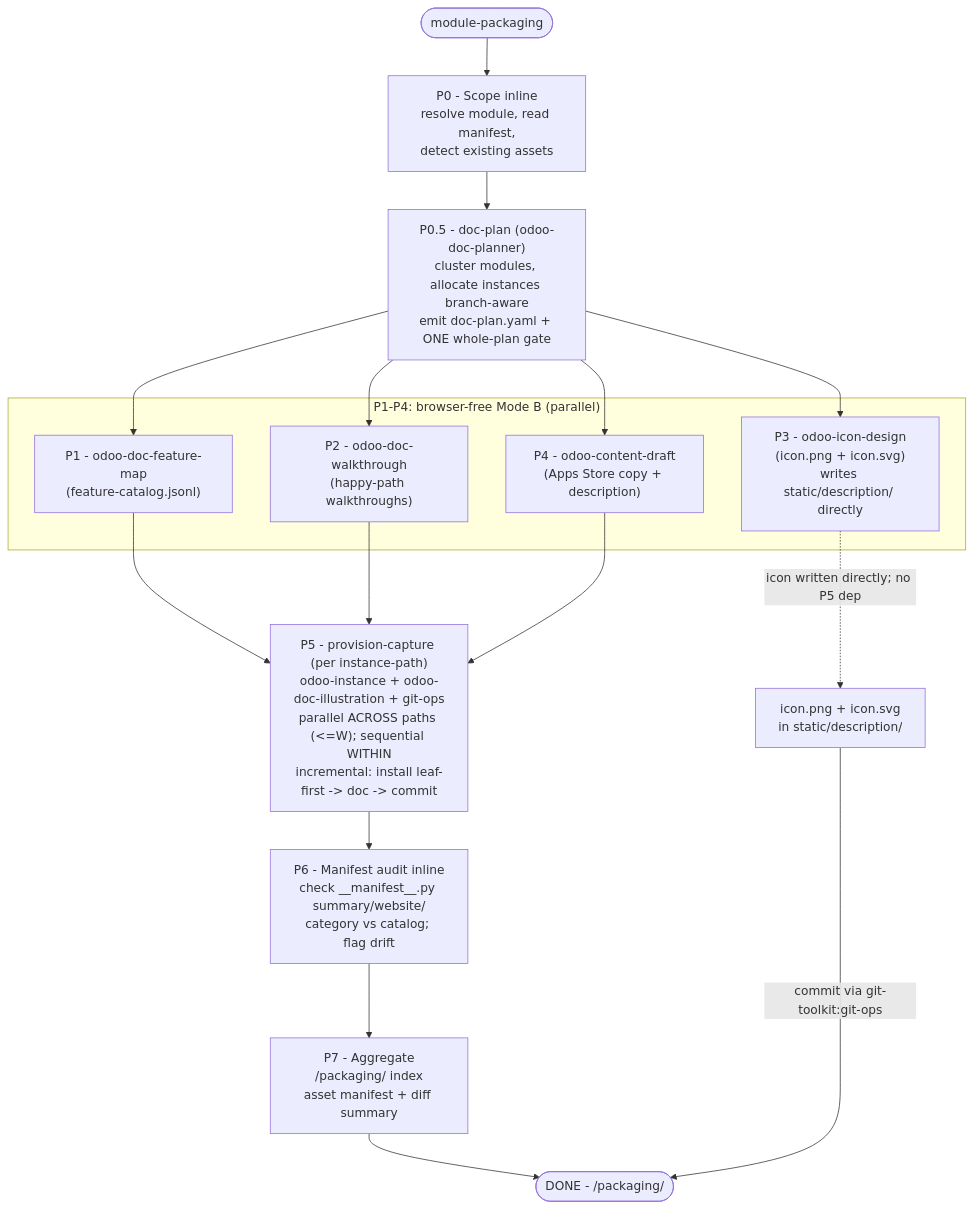
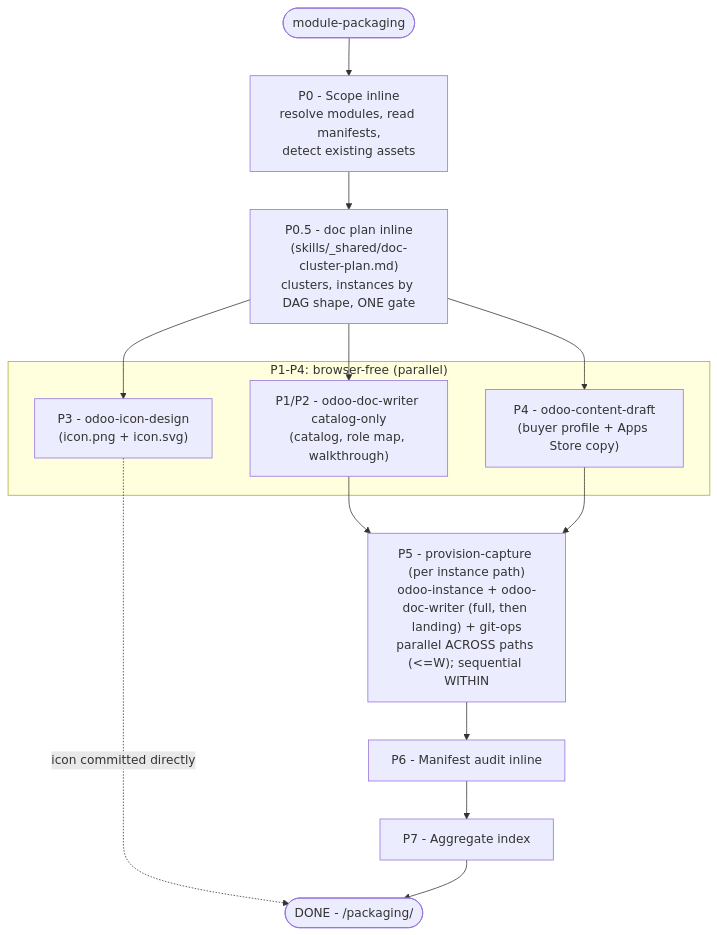
One commit to Viindoo/odoo-mcp-client changed the eighth of 9 diagrams in plugins/odoo-ai-agents/README.md. Above: the diagram before and after it, drawn with Mermaid. The commit also changed other lines of this file and 23 other files, not shown here.

First line of the commit message:
docs(odoo-ai-agents): counts, generated map and acceptance scenarios

````diff
--- a/plugins/odoo-ai-agents/README.md
+++ b/plugins/odoo-ai-agents/README.md
@@ -621,31 +598,23 @@
 ```mermaid
 flowchart TD
     PKG_START(["module-packaging"])
-    PKG_START --> PKG_P0["P0 - Scope inline<br/>resolve module, read manifest,<br/>detect existing assets"]
+    PKG_START --> PKG_P0["P0 - Scope inline<br/>resolve modules, read manifests,<br/>detect existing assets"]
+    PKG_P0 --> PKG_P05["P0.5 - doc plan inline<br/>(skills/_shared/doc-cluster-plan.md)<br/>clusters, instances by DAG shape, ONE gate"]
 
-    PKG_P0 --> PKG_P05["P0.5 - doc-plan (odoo-doc-planner)<br/>cluster modules, allocate instances branch-aware<br/>emit doc-plan.yaml + ONE whole-plan gate"]
-
-    subgraph PKG_FANOUT["P1-P4: browser-free Mode B (parallel)"]
-        PKG_P1["P1 - odoo-doc-feature-map<br/>(feature-catalog.jsonl)"]
-        PKG_P2["P2 - odoo-doc-walkthrough<br/>(happy-path walkthroughs)"]
-        PKG_P3["P3 - odoo-icon-design<br/>(icon.png + icon.svg)<br/>writes static/description/ directly"]
-        PKG_P4["P4 - odoo-content-draft<br/>(Apps Store copy + description)"]
+    subgraph PKG_FANOUT["P1-P4: browser-free (parallel)"]
+        PKG_P1["P1/P2 - odoo-doc-writer catalog-only<br/>(catalog, role map, walkthrough)"]
+        PKG_P3["P3 - odoo-icon-design<br/>(icon.png + icon.svg)"]
+        PKG_P4["P4 - odoo-content-draft<br/>(buyer profile + Apps Store copy)"]
     end
 
     PKG_P05 --> PKG_P1
-    PKG_P05 --> PKG_P2
     PKG_P05 --> PKG_P3
     PKG_P05 --> PKG_P4
 
-    PKG_P1 --> PKG_P5["P5 - provision-capture (per instance-path)<br/>odoo-instance + odoo-doc-illustration + git-ops<br/>parallel ACROSS paths (<=W); sequential WITHIN<br/>incremental: install leaf-first -> doc -> commit"]
-    PKG_P2 --> PKG_P5
+    PKG_P1 --> PKG_P5["P5 - provision-capture (per instance path)<br/>odoo-instance + odoo-doc-writer (full, then landing) + git-ops<br/>parallel ACROSS paths (<=W); sequential WITHIN"]
     PKG_P4 --> PKG_P5
-    PKG_P3 -. "icon written directly; no P5 dep" .-> PKG_ICON["icon.png + icon.svg<br/>in static/description/"]
-
-    PKG_P5 --> PKG_P6["P6 - Manifest audit inline<br/>check __manifest__.py summary/website/<br/>category vs catalog; flag drift"]
-
-    PKG_P6 --> PKG_P7["P7 - Aggregate<br/><ISOLATE_DIR>/packaging/ index<br/>asset manifest + diff summary"]
-
+    PKG_P3 -. "icon committed directly" .-> PKG_DONE
+    PKG_P5 --> PKG_P6["P6 - Manifest audit inline"]
+    PKG_P6 --> PKG_P7["P7 - Aggregate index"]
     PKG_P7 --> PKG_DONE(["DONE - <ISOLATE_DIR>/packaging/"])
-    PKG_ICON -- "commit via git-toolkit:git-ops" --> PKG_DONE
 ```
````
